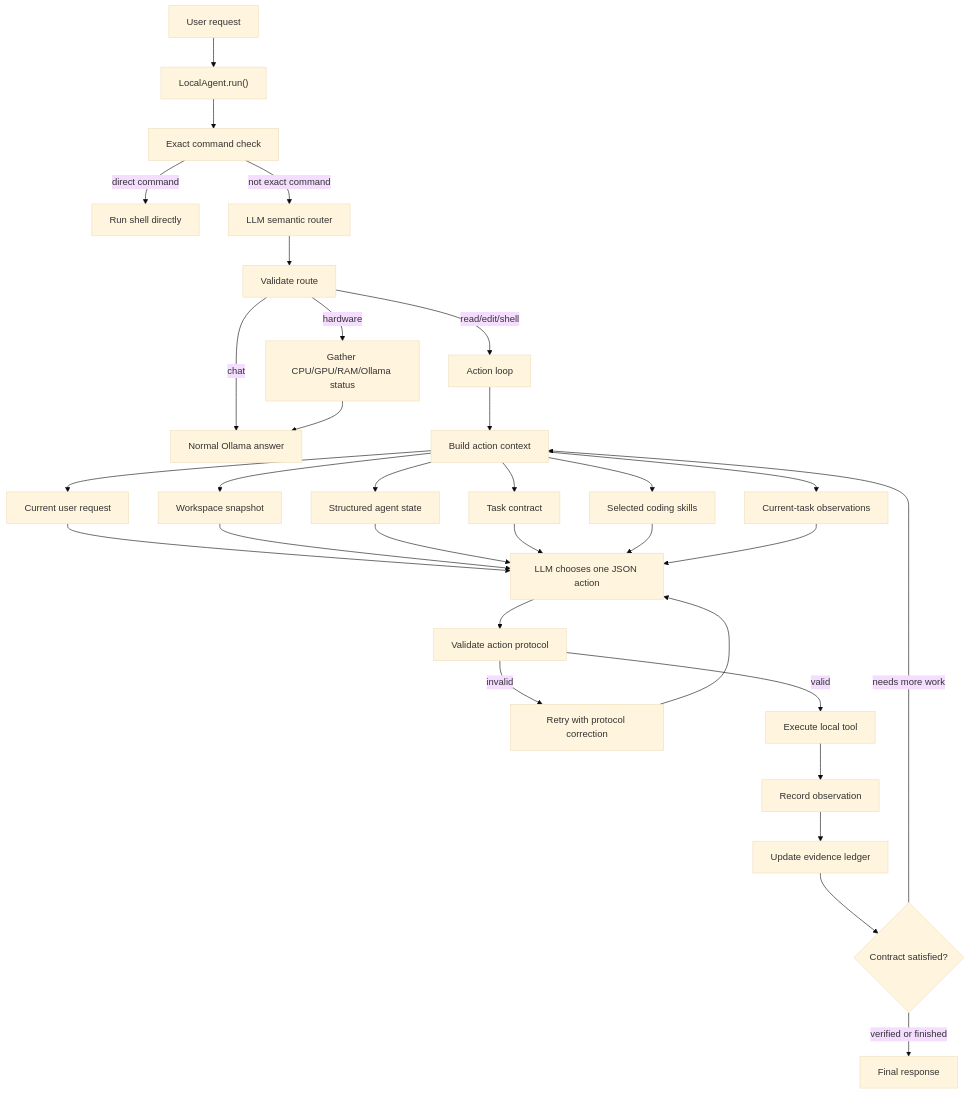
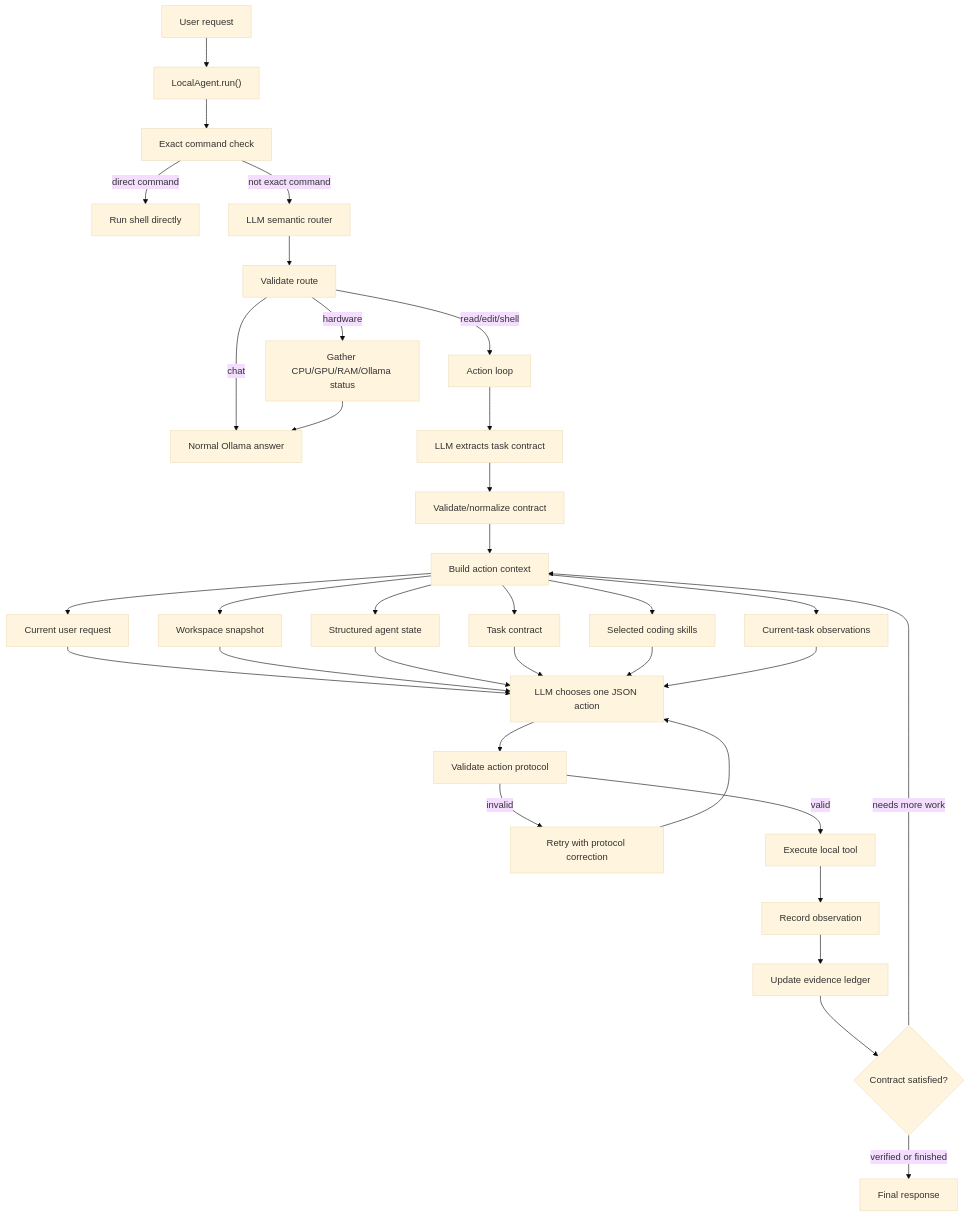
Before and after one commit to Linbooooo/LocalAgenticAI: the diagram in docs/architecture.md, drawn with Mermaid (base theme). The commit also changed other lines of this file and 10 other files, not shown here.

````diff
--- a/docs/architecture.md
+++ b/docs/architecture.md
@@ -5,42 +5,44 @@
 ```mermaid
 flowchart TD
     A["User request"] --> B["LocalAgent.run()"]
 
     B --> C["Exact command check"]
     C -->|direct command| D["Run shell directly"]
     C -->|not exact command| E["LLM semantic router"]
 
     E --> F["Validate route"]
     F -->|chat| G["Normal Ollama answer"]
     F -->|hardware| H["Gather CPU/GPU/RAM/Ollama status"]
     F -->|read/edit/shell| I["Action loop"]
 
     H --> G
 
-    I --> J["Build action context"]
-    J --> K["Current user request"]
-    J --> L["Workspace snapshot"]
-    J --> M["Structured agent state"]
-    J --> N["Task contract"]
-    J --> O["Selected coding skills"]
-    J --> P["Current-task observations"]
+    I --> J["LLM extracts task contract"]
+    J --> K["Validate/normalize contract"]
+    K --> L["Build action context"]
+    L --> M["Current user request"]
+    L --> N["Workspace snapshot"]
+    L --> O["Structured agent state"]
+    L --> P["Task contract"]
+    L --> Q["Selected coding skills"]
+    L --> R["Current-task observations"]
 
-    K --> Q["LLM chooses one JSON action"]
-    L --> Q
-    M --> Q
-    N --> Q
-    O --> Q
-    P --> Q
+    M --> S["LLM chooses one JSON action"]
+    N --> S
+    O --> S
+    P --> S
+    Q --> S
+    R --> S
 
-    Q --> R["Validate action protocol"]
-    R -->|invalid| S["Retry with protocol correction"]
-    S --> Q
+    S --> T["Validate action protocol"]
+    T -->|invalid| U["Retry with protocol correction"]
+    U --> S
 
-    R -->|valid| T["Execute local tool"]
-    T --> U["Record observation"]
-    U --> V["Update evidence ledger"]
+    T -->|valid| V["Execute local tool"]
+    V --> W["Record observation"]
+    W --> X["Update evidence ledger"]
 
-    V --> W{"Contract satisfied?"}
-    W -->|needs more work| J
-    W -->|verified or finished| X["Final response"]
+    X --> Y{"Contract satisfied?"}
+    Y -->|needs more work| L
+    Y -->|verified or finished| Z["Final response"]
 ```
````
